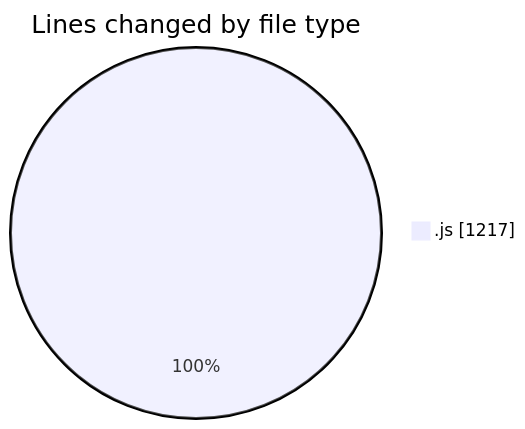
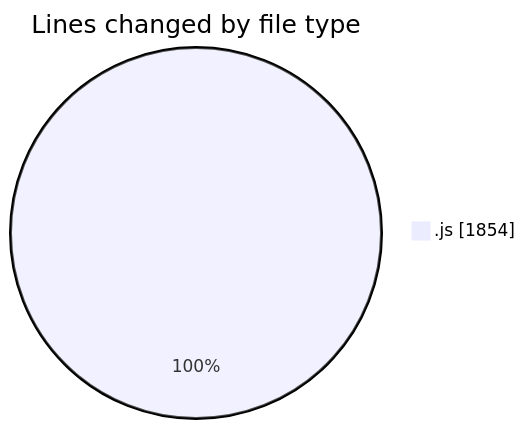
The first of 2 diagrams in 2025-09-02/nxtqube_webapp/README.md (nxtqubesakshisongat/code-tracking), drawn with Mermaid before and after one commit. The commit also changed other lines of this file and 1 other file, not shown here.

````diff
--- a/2025-09-02/nxtqube_webapp/README.md
+++ b/2025-09-02/nxtqube_webapp/README.md
@@ -20,5 +20,5 @@
 ```mermaid
 pie showData
 title Lines changed by file type
-".js" : 1217
+".js" : 1854
 ```
````
